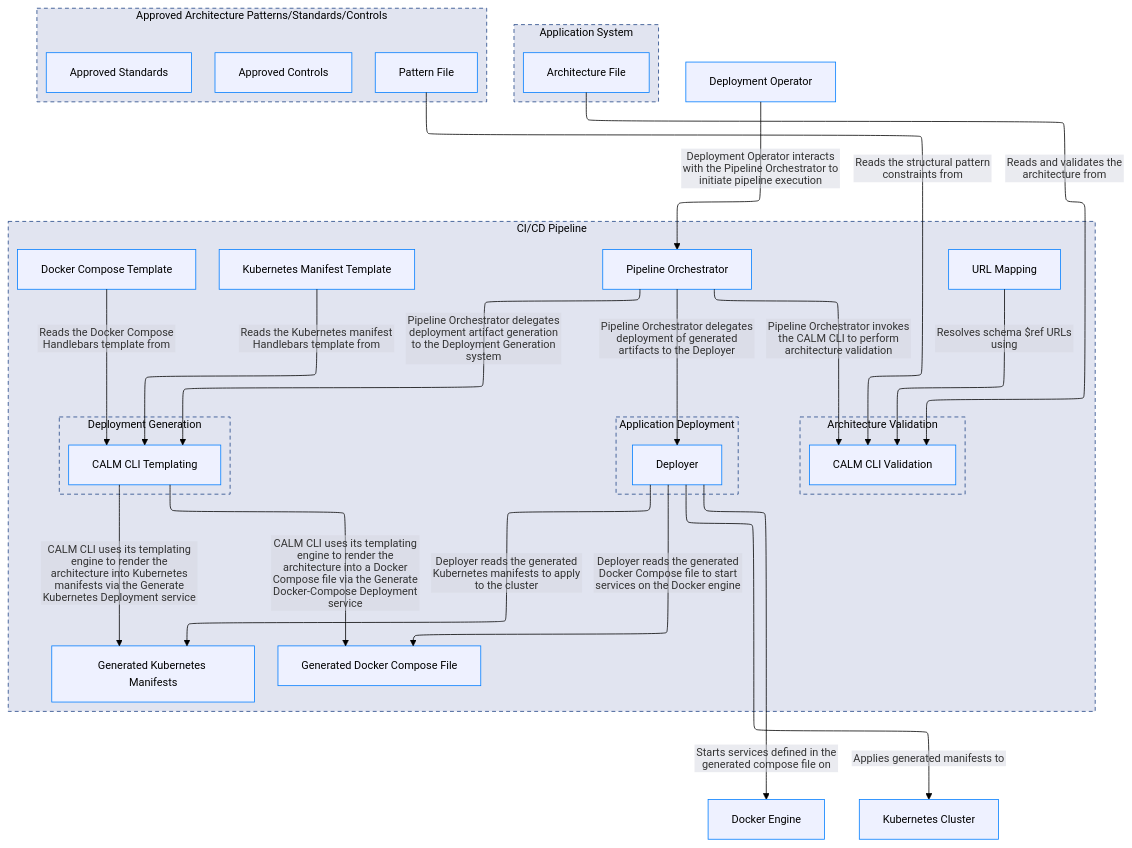
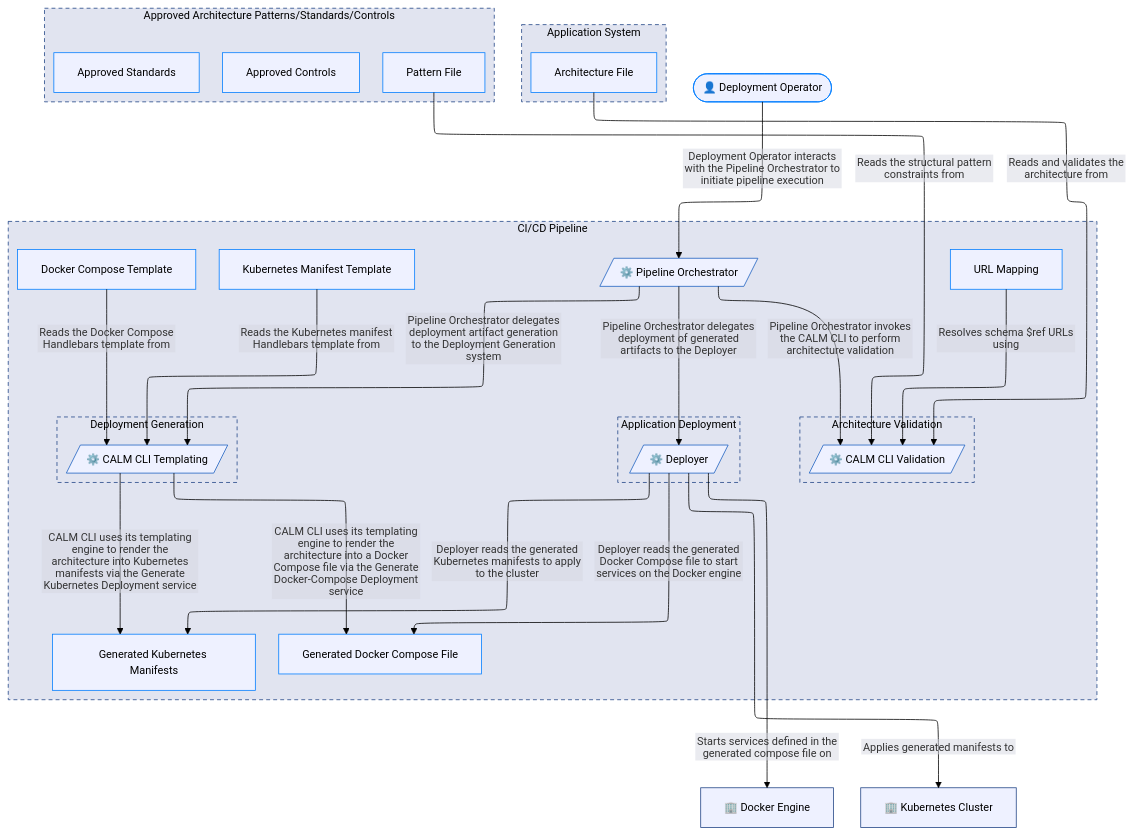
One commit to jimthompson5802/my-fullstack-app changed the first of 3 diagrams in docs/calm/ci-cd-pipeline-architecture.md. Above: the diagram before and after it, drawn with Mermaid. The commit also changed 1 other file, not shown here.

Commit message:
Enhance CI/CD pipeline architecture documentation with additional node type shapes

````diff
--- a/docs/calm/ci-cd-pipeline-architecture.md
+++ b/docs/calm/ci-cd-pipeline-architecture.md
@@ -6,79 +6,85 @@
 ```mermaid
 ---
 config:
   theme: base
   themeVariables:
     fontFamily: -apple-system, BlinkMacSystemFont, 'Segoe WPC', 'Segoe UI', system-ui, 'Ubuntu', sans-serif
     darkMode: false
     fontSize: 14px
     edgeLabelBackground: '#d5d7e1'
     lineColor: '#000000'
 ---
 %%{init: {"layout": "elk", "flowchart": {"htmlLabels": false}}}%%
 flowchart TB
 classDef boundary fill:#e1e4f0,stroke:#204485,stroke-dasharray: 5 4,stroke-width:1px,color:#000000;
 classDef node fill:#eef1ff,stroke:#007dff,stroke-width:1px,color:#000000;
 classDef iface fill:#f0f0f0,stroke:#b6b6b6,stroke-width:1px,font-size:10px,color:#000000;
 classDef highlight fill:#fdf7ec,stroke:#f0c060,stroke-width:1px,color:#000000;
+classDef actor fill:#eef1ff,stroke:#007dff,stroke-width:1px,color:#000000;
+classDef database fill:#eef1ff,stroke:#2052a2,stroke-width:1px,color:#000000;
+classDef webclient fill:#eef1ff,stroke:#156edf,stroke-width:1px,color:#000000;
+classDef service fill:#eef1ff,stroke:#1c60c0,stroke-width:1px,color:#000000;
+classDef messagebus fill:#eef1ff,stroke:#1c60c0,stroke-width:1px,color:#000000;
+classDef system fill:#eef1ff,stroke:#204485,stroke-width:1px,color:#000000;
 
         subgraph application-system["Application System"]
         direction TB
             architecture-file["Architecture File"]:::node
         end
         class application-system boundary
         subgraph approved-architecture-patterns-standards-controls["Approved Architecture Patterns/Standards/Controls"]
         direction TB
             approved-controls["Approved Controls"]:::node
             approved-standards["Approved Standards"]:::node
             pattern-file["Pattern File"]:::node
         end
         class approved-architecture-patterns-standards-controls boundary
         subgraph ci-cd-pipeline["CI/CD Pipeline"]
         direction TB
             dc-template["Docker Compose Template"]:::node
             dc-compose-output["Generated Docker Compose File"]:::node
             k8s-manifest-output["Generated Kubernetes Manifests"]:::node
             k8s-template["Kubernetes Manifest Template"]:::node
-            pipeline-orchestrator["Pipeline Orchestrator"]:::node
+            pipeline-orchestrator[/"⚙️ Pipeline Orchestrator"/]:::service
             url-mapping["URL Mapping"]:::node
                 subgraph application-deployment["Application Deployment"]
                 direction TB
-                    deployer["Deployer"]:::node
+                    deployer[/"⚙️ Deployer"/]:::service
                 end
                 class application-deployment boundary
                 subgraph architecture-validation["Architecture Validation"]
                 direction TB
-                    calm-cli-validation["CALM CLI Validation"]:::node
+                    calm-cli-validation[/"⚙️ CALM CLI Validation"/]:::service
                 end
                 class architecture-validation boundary
                 subgraph deployment-generation["Deployment Generation"]
                 direction TB
-                    calm-cli-templating["CALM CLI Templating"]:::node
+                    calm-cli-templating[/"⚙️ CALM CLI Templating"/]:::service
                 end
                 class deployment-generation boundary
         end
         class ci-cd-pipeline boundary
 
-    deployment-operator["Deployment Operator"]:::node
-    docker-engine["Docker Engine"]:::node
-    kubernetes-cluster["Kubernetes Cluster"]:::node
+    deployment-operator([👤 Deployment Operator]):::actor
+    docker-engine[🏢 Docker Engine]:::system
+    kubernetes-cluster[🏢 Kubernetes Cluster]:::system
 
     deployment-operator -->|Deployment Operator interacts with the Pipeline Orchestrator to initiate pipeline execution| pipeline-orchestrator
     pipeline-orchestrator -->|Pipeline Orchestrator delegates deployment of generated artifacts to the Deployer| deployer
     pipeline-orchestrator -->|Pipeline Orchestrator delegates deployment artifact generation to the Deployment Generation system| calm-cli-templating
     pipeline-orchestrator -->|Pipeline Orchestrator invokes the CALM CLI to perform architecture validation| calm-cli-validation
     calm-cli-templating -->|CALM CLI uses its templating engine to render the architecture into Kubernetes manifests via the Generate Kubernetes Deployment service| k8s-manifest-output
     calm-cli-templating -->|CALM CLI uses its templating engine to render the architecture into a Docker Compose file via the Generate Docker-Compose Deployment service| dc-compose-output
     architecture-file -->|Reads and validates the architecture from| calm-cli-validation
     pattern-file -->|Reads the structural pattern constraints from| calm-cli-validation
     url-mapping -->|Resolves schema $ref URLs using| calm-cli-validation
     k8s-template -->|Reads the Kubernetes manifest Handlebars template from| calm-cli-templating
     dc-template -->|Reads the Docker Compose Handlebars template from| calm-cli-templating
     deployer -->|Deployer reads the generated Kubernetes manifests to apply to the cluster| k8s-manifest-output
     deployer -->|Deployer reads the generated Docker Compose file to start services on the Docker engine| dc-compose-output
     deployer -->|Applies generated manifests to| kubernetes-cluster
     deployer -->|Starts services defined in the generated compose file on| docker-engine
 
 
 
 ```
````
